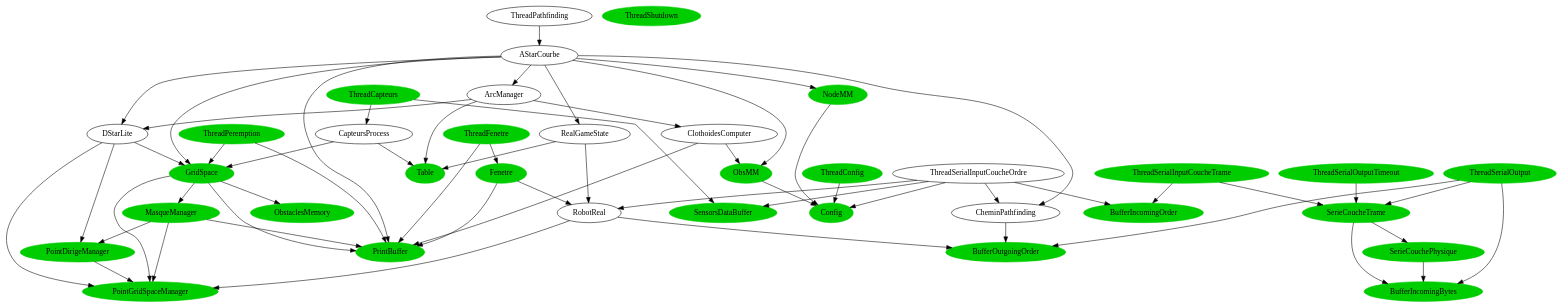
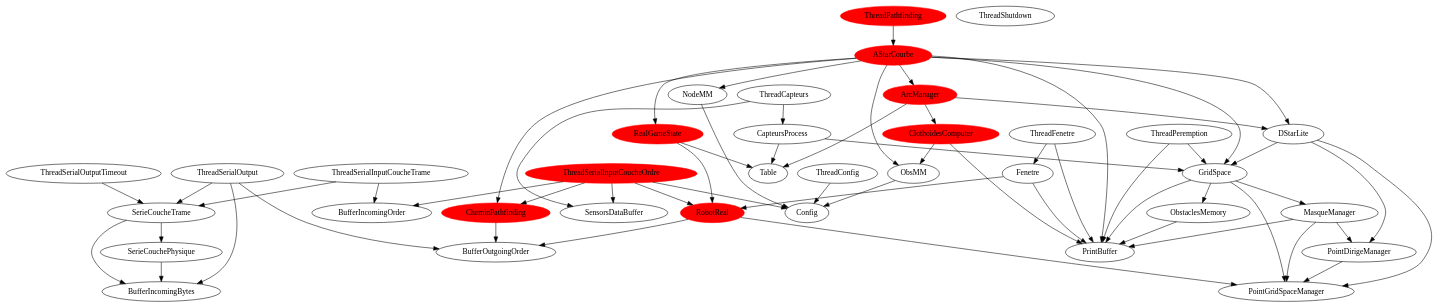
The diagram in pc/dependances.dot (INTechSenpai/moon-rover), drawn with Graphviz before and after one commit. The commit also changed 4 other files, not shown here.

```diff
--- a/pc/dependances.dot
+++ b/pc/dependances.dot
@@ -1,157 +1,161 @@
 digraph dependancesJava {
 PrintBuffer;
-ThreadCapteurs [color=green3, style=filled];
-SensorsDataBuffer [color=green3, style=filled];
+ThreadCapteurs;
+SensorsDataBuffer;
 ThreadCapteurs -> SensorsDataBuffer;
 CapteursProcess;
 ThreadCapteurs -> CapteursProcess;
-GridSpace [color=green3, style=filled];
+GridSpace;
 CapteursProcess -> GridSpace;
-ObstaclesMemory [color=green3, style=filled];
+PrintBuffer;
+ObstaclesMemory -> PrintBuffer;
+ObstaclesMemory;
 GridSpace -> ObstaclesMemory;
-PointGridSpaceManager [color=green3, style=filled];
+PointGridSpaceManager;
 GridSpace -> PointGridSpaceManager;
-PrintBuffer [color=green3, style=filled];
+PrintBuffer;
 GridSpace -> PrintBuffer;
-MasqueManager [color=green3, style=filled];
+MasqueManager;
 GridSpace -> MasqueManager;
-PointGridSpaceManager [color=green3, style=filled];
+PointGridSpaceManager;
 MasqueManager -> PointGridSpaceManager;
-PointDirigeManager [color=green3, style=filled];
+PointDirigeManager;
 MasqueManager -> PointDirigeManager;
-PointGridSpaceManager [color=green3, style=filled];
+PointGridSpaceManager;
 PointDirigeManager -> PointGridSpaceManager;
-PrintBuffer [color=green3, style=filled];
+PrintBuffer;
 MasqueManager -> PrintBuffer;
-Table [color=green3, style=filled];
+Table;
 CapteursProcess -> Table;
-ThreadConfig [color=green3, style=filled];
-Config [color=green3, style=filled];
+ThreadConfig;
+Config;
 ThreadConfig -> Config;
-ThreadPathfinding;
-AStarCourbe;
+ThreadPathfinding [color=red, style=filled];
+AStarCourbe [color=red, style=filled];
 ThreadPathfinding -> AStarCourbe;
 DStarLite;
 AStarCourbe -> DStarLite;
-GridSpace [color=green3, style=filled];
+GridSpace;
 DStarLite -> GridSpace;
-PointGridSpaceManager [color=green3, style=filled];
+PointGridSpaceManager;
 DStarLite -> PointGridSpaceManager;
-PointDirigeManager [color=green3, style=filled];
+PointDirigeManager;
 DStarLite -> PointDirigeManager;
-ArcManager;
+ArcManager [color=red, style=filled];
 AStarCourbe -> ArcManager;
 DStarLite;
 ArcManager -> DStarLite;
-ClothoidesComputer;
+ClothoidesComputer [color=red, style=filled];
 ArcManager -> ClothoidesComputer;
-ObsMM [color=green3, style=filled];
+ObsMM;
 ClothoidesComputer -> ObsMM;
-Config [color=green3, style=filled];
+Config;
 ObsMM -> Config;
-PrintBuffer [color=green3, style=filled];
+PrintBuffer;
 ClothoidesComputer -> PrintBuffer;
-Table [color=green3, style=filled];
+Table;
 ArcManager -> Table;
-RealGameState;
+RealGameState [color=red, style=filled];
 AStarCourbe -> RealGameState;
-RobotReal;
+RobotReal [color=red, style=filled];
 RealGameState -> RobotReal;
-BufferOutgoingOrder [color=green3, style=filled];
+BufferOutgoingOrder;
 RobotReal -> BufferOutgoingOrder;
-PointGridSpaceManager [color=green3, style=filled];
+PointGridSpaceManager;
 RobotReal -> PointGridSpaceManager;
-Table [color=green3, style=filled];
+Table;
 RealGameState -> Table;
-CheminPathfinding;
+CheminPathfinding [color=red, style=filled];
 AStarCourbe -> CheminPathfinding;
-BufferOutgoingOrder [color=green3, style=filled];
+BufferOutgoingOrder;
 CheminPathfinding -> BufferOutgoingOrder;
-NodeMM [color=green3, style=filled];
+NodeMM;
 AStarCourbe -> NodeMM;
-Config [color=green3, style=filled];
+Config;
 NodeMM -> Config;
-GridSpace [color=green3, style=filled];
+GridSpace;
 AStarCourbe -> GridSpace;
-ObsMM [color=green3, style=filled];
+ObsMM;
 AStarCourbe -> ObsMM;
-PrintBuffer [color=green3, style=filled];
+PrintBuffer;
 AStarCourbe -> PrintBuffer;
-ThreadPeremption [color=green3, style=filled];
-GridSpace [color=green3, style=filled];
+ThreadPeremption;
+GridSpace;
 ThreadPeremption -> GridSpace;
-PrintBuffer [color=green3, style=filled];
+PrintBuffer;
 ThreadPeremption -> PrintBuffer;
-ThreadFenetre [color=green3, style=filled];
-Fenetre [color=green3, style=filled];
+ThreadFenetre;
+Fenetre;
 ThreadFenetre -> Fenetre;
-RobotReal;
+RobotReal [color=red, style=filled];
 Fenetre -> RobotReal;
-PrintBuffer [color=green3, style=filled];
+PrintBuffer;
 Fenetre -> PrintBuffer;
-PrintBuffer [color=green3, style=filled];
+PrintBuffer;
 ThreadFenetre -> PrintBuffer;
-ThreadSerialInputCoucheOrdre;
-Config [color=green3, style=filled];
+ThreadSerialInputCoucheOrdre [color=red, style=filled];
+Config;
 ThreadSerialInputCoucheOrdre -> Config;
-BufferIncomingOrder [color=green3, style=filled];
+BufferIncomingOrder;
 ThreadSerialInputCoucheOrdre -> BufferIncomingOrder;
-SensorsDataBuffer [color=green3, style=filled];
+SensorsDataBuffer;
 ThreadSerialInputCoucheOrdre -> SensorsDataBuffer;
-RobotReal;
+RobotReal [color=red, style=filled];
 ThreadSerialInputCoucheOrdre -> RobotReal;
-CheminPathfinding;
+CheminPathfinding [color=red, style=filled];
 ThreadSerialInputCoucheOrdre -> CheminPathfinding;
-ThreadSerialInputCoucheTrame [color=green3, style=filled];
-SerieCoucheTrame [color=green3, style=filled];
+ThreadSerialInputCoucheTrame;
+SerieCoucheTrame;
 ThreadSerialInputCoucheTrame -> SerieCoucheTrame;
-SerieCouchePhysique [color=green3, style=filled];
+SerieCouchePhysique;
 SerieCoucheTrame -> SerieCouchePhysique;
-BufferIncomingBytes [color=green3, style=filled];
+BufferIncomingBytes;
 SerieCouchePhysique -> BufferIncomingBytes;
-BufferIncomingBytes [color=green3, style=filled];
+BufferIncomingBytes;
 SerieCoucheTrame -> BufferIncomingBytes;
-BufferIncomingOrder [color=green3, style=filled];
+BufferIncomingOrder;
 ThreadSerialInputCoucheTrame -> BufferIncomingOrder;
-ThreadSerialOutput [color=green3, style=filled];
-SerieCoucheTrame [color=green3, style=filled];
+ThreadSerialOutput;
+SerieCoucheTrame;
 ThreadSerialOutput -> SerieCoucheTrame;
-BufferOutgoingOrder [color=green3, style=filled];
+BufferOutgoingOrder;
 ThreadSerialOutput -> BufferOutgoingOrder;
-BufferIncomingBytes [color=green3, style=filled];
+BufferIncomingBytes;
 ThreadSerialOutput -> BufferIncomingBytes;
-ThreadSerialOutputTimeout [color=green3, style=filled];
-SerieCoucheTrame [color=green3, style=filled];
+ThreadSerialOutputTimeout;
+SerieCoucheTrame;
 ThreadSerialOutputTimeout -> SerieCoucheTrame;
-ThreadShutdown [color=green3, style=filled];
-Config [color=green3, style=filled];
-Fenetre [color=green3, style=filled];
-ThreadShutdown [color=green3, style=filled];
-ThreadCapteurs [color=green3, style=filled];
-ThreadConfig [color=green3, style=filled];
-ThreadPathfinding;
-ThreadPeremption [color=green3, style=filled];
-ThreadFenetre [color=green3, style=filled];
-ThreadSerialInputCoucheOrdre;
-ThreadSerialInputCoucheTrame [color=green3, style=filled];
-ThreadSerialOutput [color=green3, style=filled];
-ThreadSerialOutputTimeout [color=green3, style=filled];
-ThreadCapteurs [color=green3, style=filled];
-ThreadCapteurs [color=green3, style=filled];
-ThreadConfig [color=green3, style=filled];
-ThreadConfig [color=green3, style=filled];
-ThreadPathfinding;
-ThreadPathfinding;
-ThreadPeremption [color=green3, style=filled];
-ThreadPeremption [color=green3, style=filled];
-ThreadFenetre [color=green3, style=filled];
-ThreadFenetre [color=green3, style=filled];
-ThreadSerialInputCoucheOrdre;
-ThreadSerialInputCoucheOrdre;
-ThreadSerialInputCoucheTrame [color=green3, style=filled];
-ThreadSerialInputCoucheTrame [color=green3, style=filled];
-ThreadSerialOutput [color=green3, style=filled];
-ThreadSerialOutput [color=green3, style=filled];
-ThreadSerialOutputTimeout [color=green3, style=filled];
-ThreadSerialOutputTimeout [color=green3, style=filled];
+ThreadShutdown;
+Config;
+Table;
+AStarCourbe [color=red, style=filled];
+Fenetre;
+ThreadShutdown;
+ThreadCapteurs;
+ThreadConfig;
+ThreadPathfinding [color=red, style=filled];
+ThreadPeremption;
+ThreadFenetre;
+ThreadSerialInputCoucheOrdre [color=red, style=filled];
+ThreadSerialInputCoucheTrame;
+ThreadSerialOutput;
+ThreadSerialOutputTimeout;
+ThreadCapteurs;
+ThreadCapteurs;
+ThreadConfig;
+ThreadConfig;
+ThreadPathfinding [color=red, style=filled];
+ThreadPathfinding [color=red, style=filled];
+ThreadPeremption;
+ThreadPeremption;
+ThreadFenetre;
+ThreadFenetre;
+ThreadSerialInputCoucheOrdre [color=red, style=filled];
+ThreadSerialInputCoucheOrdre [color=red, style=filled];
+ThreadSerialInputCoucheTrame;
+ThreadSerialInputCoucheTrame;
+ThreadSerialOutput;
+ThreadSerialOutput;
+ThreadSerialOutputTimeout;
+ThreadSerialOutputTimeout;
 }
```
